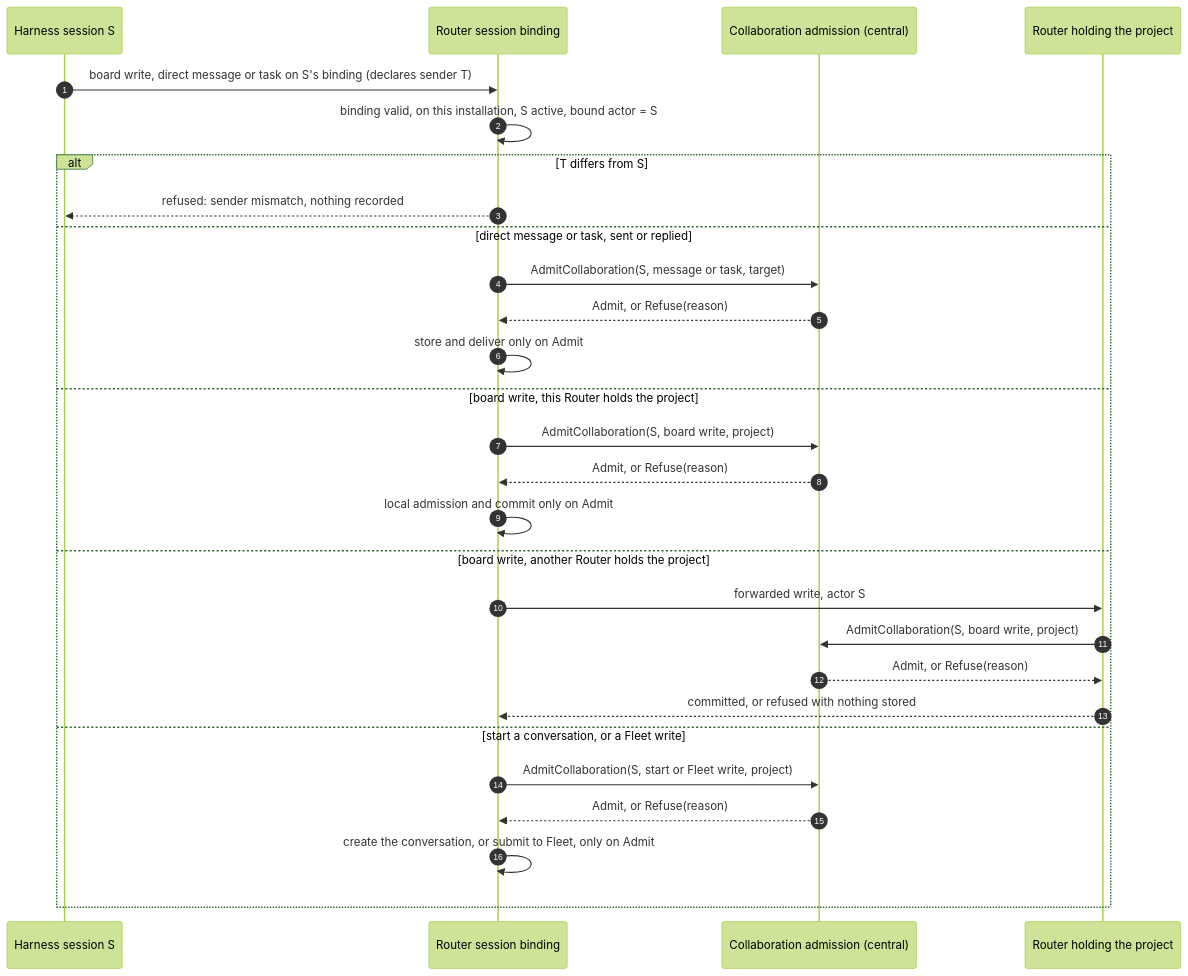
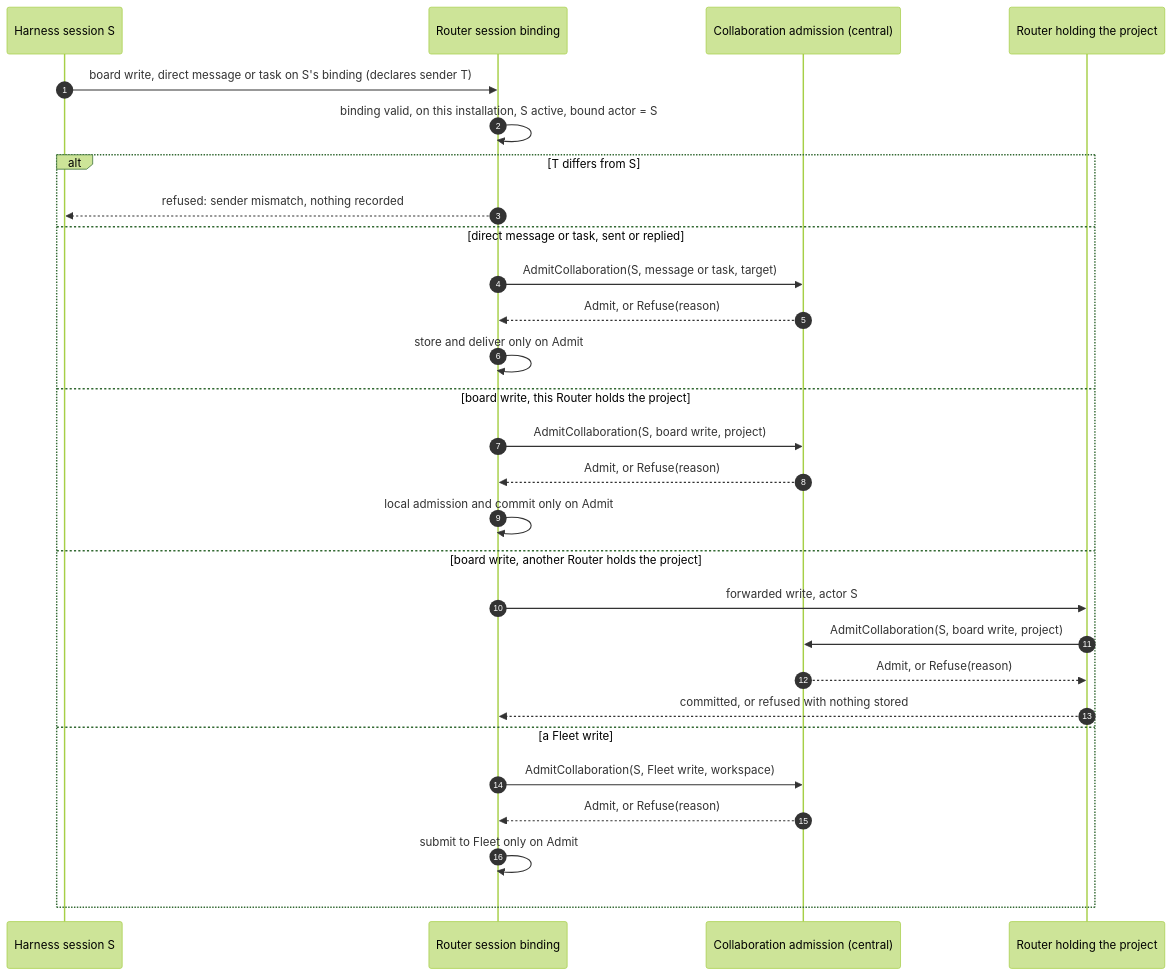
The sixth of 7 diagrams in docs/specs/2026-10-24-agent-identity/program-design.md (ShravanSunder/agent-vm), drawn with Mermaid (forest theme) before and after one commit. The commit also changed other lines of this file and 5 other files, not shown here.

````diff
--- a/docs/specs/2026-10-24-agent-identity/program-design.md
+++ b/docs/specs/2026-10-24-agent-identity/program-design.md
@@ -633,30 +615,30 @@
 ```mermaid
 sequenceDiagram
   autonumber
   participant H as Harness session S
   participant RB as Router session binding
   participant CA as Collaboration admission (central)
   participant HR as Router holding the project
   H->>RB: board write, direct message or task on S's binding (declares sender T)
   RB->>RB: binding valid, on this installation, S active, bound actor = S
   alt T differs from S
     RB-->>H: refused: sender mismatch, nothing recorded
   else direct message or task, sent or replied
     RB->>CA: AdmitCollaboration(S, message or task, target)
     CA-->>RB: Admit, or Refuse(reason)
     RB->>RB: store and deliver only on Admit
   else board write, this Router holds the project
     RB->>CA: AdmitCollaboration(S, board write, project)
     CA-->>RB: Admit, or Refuse(reason)
     RB->>RB: local admission and commit only on Admit
   else board write, another Router holds the project
     RB->>HR: forwarded write, actor S
     HR->>CA: AdmitCollaboration(S, board write, project)
     CA-->>HR: Admit, or Refuse(reason)
     HR-->>RB: committed, or refused with nothing stored
-  else start a conversation, or a Fleet write
-    RB->>CA: AdmitCollaboration(S, start or Fleet write, project)
+  else a Fleet write
+    RB->>CA: AdmitCollaboration(S, Fleet write, workspace)
     CA-->>RB: Admit, or Refuse(reason)
-    RB->>RB: create the conversation, or submit to Fleet, only on Admit
+    RB->>RB: submit to Fleet only on Admit
   end
 ```
````
